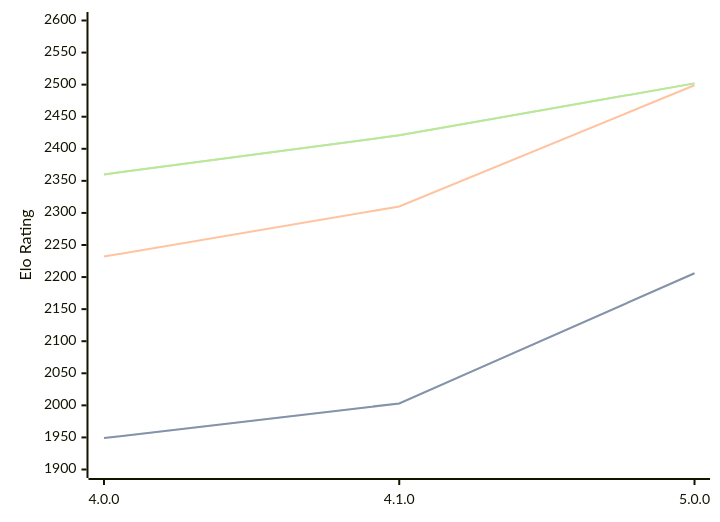
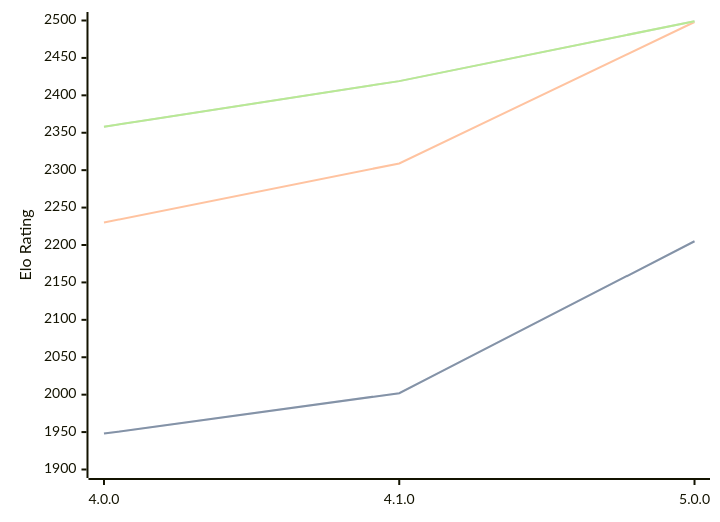
Before and after one commit to computer-chess-index/cci: the diagram in engines/Aconcagua.md, drawn with Mermaid. The commit also changed other lines of this file, not shown here.

Commit message:
Update CCI Ratings (ELO VLTC) - 2026-02-18

````diff
--- a/engines/Aconcagua.md
+++ b/engines/Aconcagua.md
@@ -39,11 +39,11 @@
 ```mermaid
 %%{init: {"theme":"base","themeVariables":{"seriesColors:['#a3a3a3','#222221','#faa371']}}}%%
 xychart-beta
   x-axis ["4.0.0", "4.1.0", "5.0.0"]
-  y-axis "Elo Rating" 1900 --> 2600
-  line "STC (8.0+0.08s)" [1949, 2003, 2206]
-  line "STC (8.0+0.08s)" [1949, 2003, 2206]
-  line "LTC (60.0+0.60s)" [2232, 2310, 2499]
-  line "VLTC (2m24s+1.12s)" [2360, 2421, 2502]
-  line "VLTC (2m24s+1.12s)" [2360, 2421, 2502]
+  y-axis "Elo Rating" 1900 --> 2500
+  line "STC (8.0+0.08s)" [1948, 2002, 2205]
+  line "STC (8.0+0.08s)" [1948, 2002, 2205]
+  line "LTC (60.0+0.60s)" [2230, 2309, 2498]
+  line "VLTC (2m24s+1.12s)" [2358, 2419, 2499]
+  line "VLTC (2m24s+1.12s)" [2358, 2419, 2499]
 ```
````
